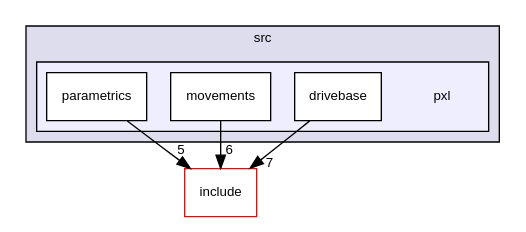
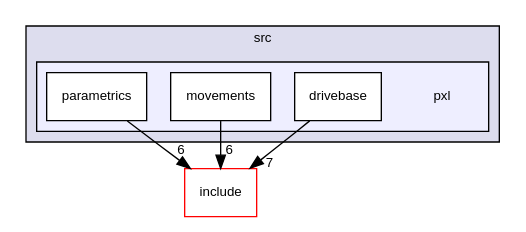
One commit to Pixel-Lib/Pixel changed the diagram in dir_87a857eff530ad659c1a04633acb58d5_dep.dot. Above: the diagram before and after it, drawn with Graphviz. The commit also changed 130 other files, not shown here.

```diff
--- a/dir_87a857eff530ad659c1a04633acb58d5_dep.dot
+++ b/dir_87a857eff530ad659c1a04633acb58d5_dep.dot
@@ -1,19 +1,19 @@
 digraph "src/pxl" {
   compound=true
   node [ fontsize="10", fontname="Helvetica"];
   edge [ labelfontsize="10", labelfontname="Helvetica"];
   subgraph clusterdir_68267d1309a1af8e8297ef4c3efbcdba {
     graph [ bgcolor="#ddddee", pencolor="black", label="src" fontname="Helvetica", fontsize="10", URL="dir_68267d1309a1af8e8297ef4c3efbcdba.html"]
   subgraph clusterdir_87a857eff530ad659c1a04633acb58d5 {
     graph [ bgcolor="#eeeeff", pencolor="black", label="" URL="dir_87a857eff530ad659c1a04633acb58d5.html"];
     dir_87a857eff530ad659c1a04633acb58d5 [shape=plaintext label="pxl"];
   dir_e919bc17ba6dd875156a1492c2b92224 [shape=box label="drivebase" fillcolor="white" style="filled" URL="dir_e919bc17ba6dd875156a1492c2b92224.html"];
   dir_da6b542a4b13fc055b1c444658d69961 [shape=box label="movements" fillcolor="white" style="filled" URL="dir_da6b542a4b13fc055b1c444658d69961.html"];
   dir_5268b233717f10508878cca84d25b979 [shape=box label="parametrics" fillcolor="white" style="filled" URL="dir_5268b233717f10508878cca84d25b979.html"];
   }
   }
   dir_d44c64559bbebec7f509842c48db8b23 [shape=box label="include" fillcolor="white" style="filled" color="red" URL="dir_d44c64559bbebec7f509842c48db8b23.html"];
   dir_da6b542a4b13fc055b1c444658d69961->dir_d44c64559bbebec7f509842c48db8b23 [headlabel="6", labeldistance=1.5 headhref="dir_000008_000000.html"];
-  dir_5268b233717f10508878cca84d25b979->dir_d44c64559bbebec7f509842c48db8b23 [headlabel="5", labeldistance=1.5 headhref="dir_000009_000000.html"];
+  dir_5268b233717f10508878cca84d25b979->dir_d44c64559bbebec7f509842c48db8b23 [headlabel="6", labeldistance=1.5 headhref="dir_000009_000000.html"];
   dir_e919bc17ba6dd875156a1492c2b92224->dir_d44c64559bbebec7f509842c48db8b23 [headlabel="7", labeldistance=1.5 headhref="dir_000007_000000.html"];
 }
```
